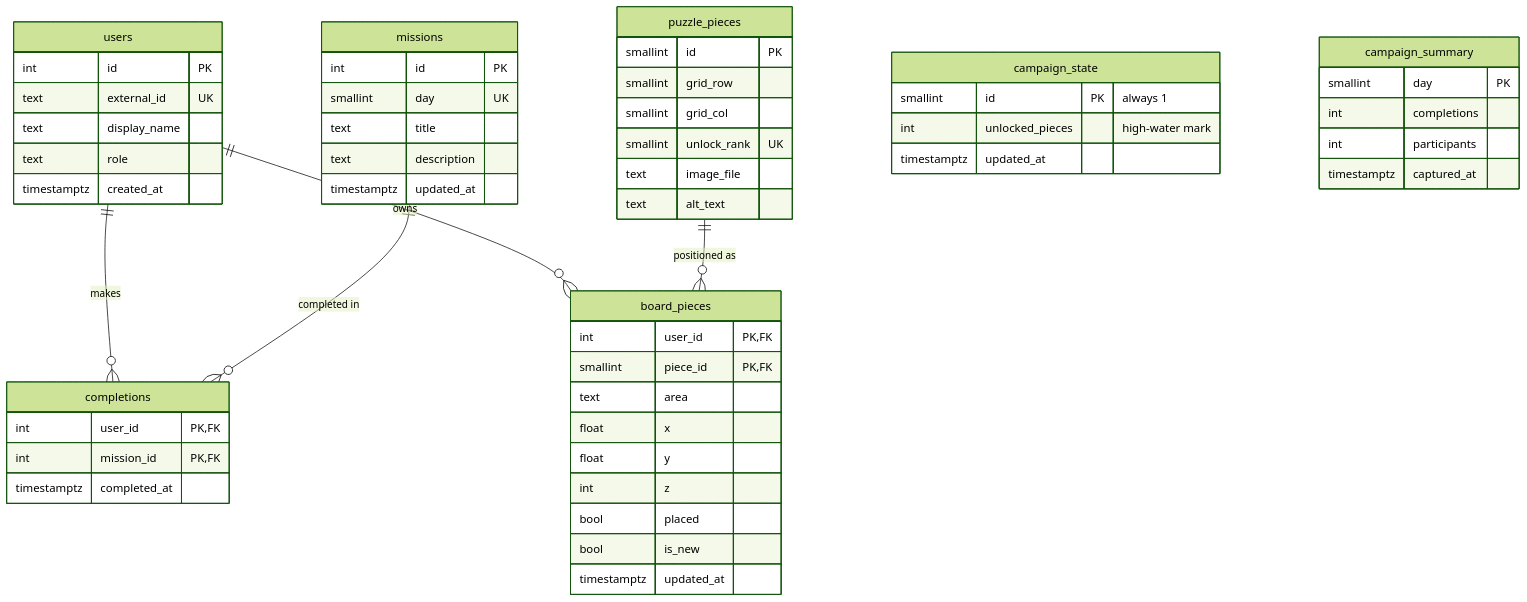
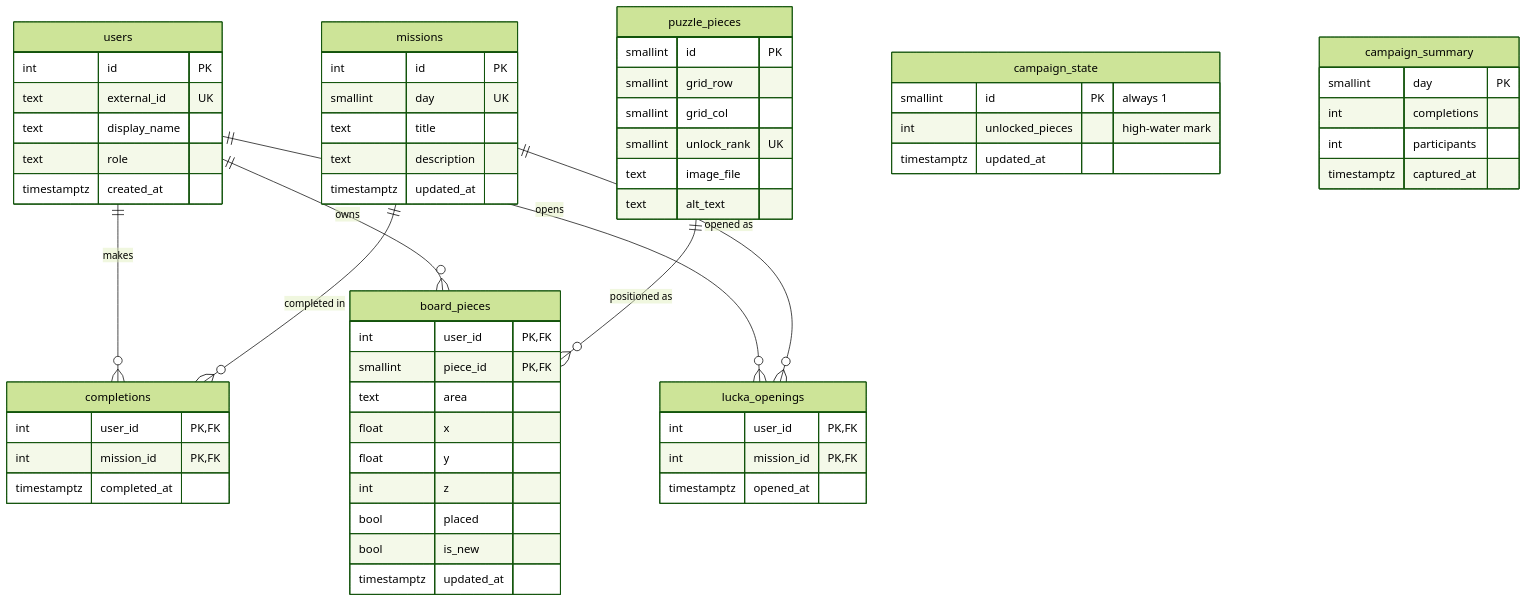
Before and after one commit to DigitaliseringsenhetenBSF/Julkalender2026: the second of 3 diagrams in docs/ARCHITECTURE.md, drawn with Mermaid (forest theme). The commit also changed 24 other files, not shown here.

````diff
--- a/docs/ARCHITECTURE.md
+++ b/docs/ARCHITECTURE.md
@@ -40,57 +40,64 @@
 ```mermaid
 erDiagram
   users ||--o{ completions : makes
   missions ||--o{ completions : "completed in"
   users ||--o{ board_pieces : owns
+  users ||--o{ lucka_openings : opens
+  missions ||--o{ lucka_openings : "opened as"
   puzzle_pieces ||--o{ board_pieces : "positioned as"
 
   users {
     int id PK
     text external_id UK
     text display_name
     text role
     timestamptz created_at
   }
   missions {
     int id PK
     smallint day UK
     text title
     text description
     timestamptz updated_at
   }
   completions {
     int user_id PK,FK
     int mission_id PK,FK
     timestamptz completed_at
   }
   puzzle_pieces {
     smallint id PK
     smallint grid_row
     smallint grid_col
     smallint unlock_rank UK
     text image_file
     text alt_text
   }
   campaign_state {
     smallint id PK "always 1"
     int unlocked_pieces "high-water mark"
     timestamptz updated_at
   }
+  lucka_openings {
+    int user_id PK,FK
+    int mission_id PK,FK
+    timestamptz opened_at
+  }
   board_pieces {
     int user_id PK,FK
     smallint piece_id PK,FK
     text area
     float x
     float y
     int z
     bool placed
     bool is_new
     timestamptz updated_at
   }
   campaign_summary {
     smallint day PK
     int completions
     int participants
     timestamptz captured_at
   }
 ```
````
